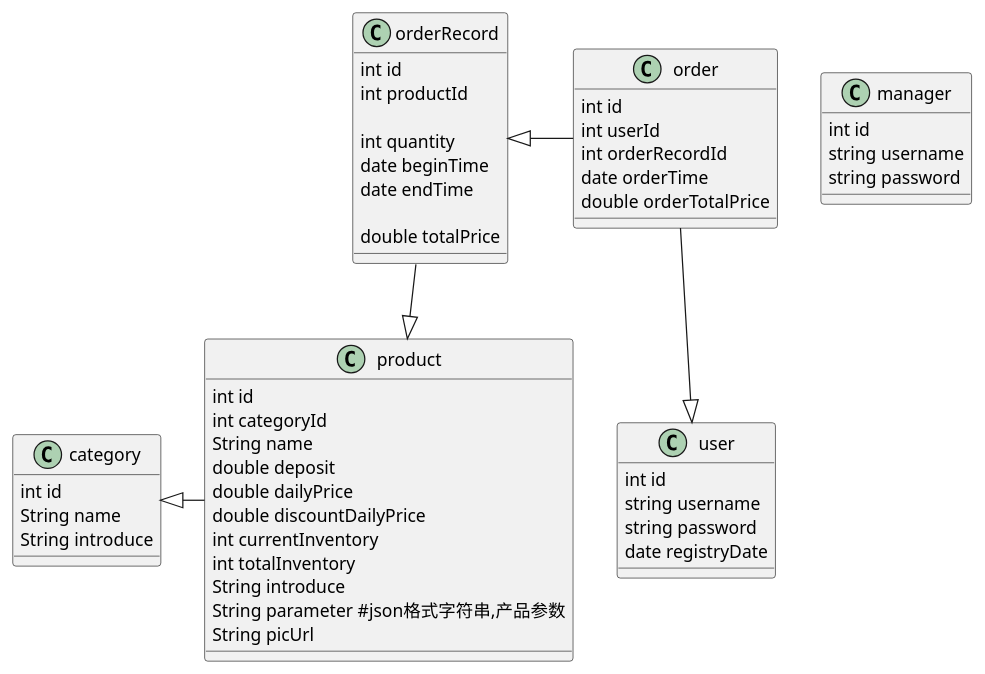
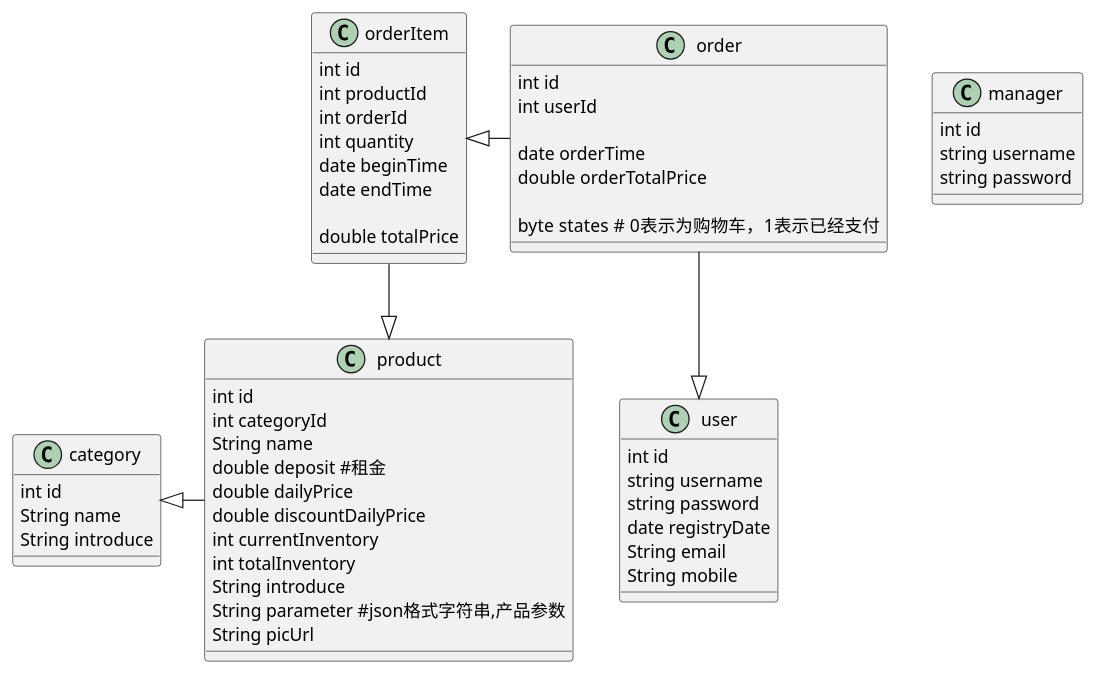
The diagram in uml/classDesign.puml (zixixiyu/-), drawn with PlantUML before and after one commit. The commit also changed 13 other files, not shown here.

```diff
--- a/uml/classDesign.puml
+++ b/uml/classDesign.puml
@@ -1,63 +1,70 @@
 @startuml
 
 class user{
     int id
     string username
     string password
     date registryDate
+    String email
+    String mobile
+
 }
 class manager{
     int id
     string username
     string password
 }
 class category{
     int id
     String name
     String introduce
 
 }
 
 class product{
     int id
     int categoryId
     String name
-    double deposit
+    double deposit #租金
     double dailyPrice
     double discountDailyPrice
     int currentInventory
     int totalInventory
     String introduce
     String parameter #json格式字符串,产品参数
     String picUrl
 }
 class order{
     int id
     int userId
-    int orderRecordId
+
     date orderTime
     double orderTotalPrice
+
+    byte states  # 0表示为购物车，1表示已经支付
 }
 
-class orderRecord{
+class orderItem{
     int id
     int productId
-
+    int orderId
     int quantity
     date beginTime
     date endTime
 
     double totalPrice
+
+
 
 }
 
 
 
 
 category<|-product
-orderRecord<|-order
-orderRecord --|>product
+orderItem<|-order
+orderItem --|>product
 order --|>user
 
 
 @enduml
```
